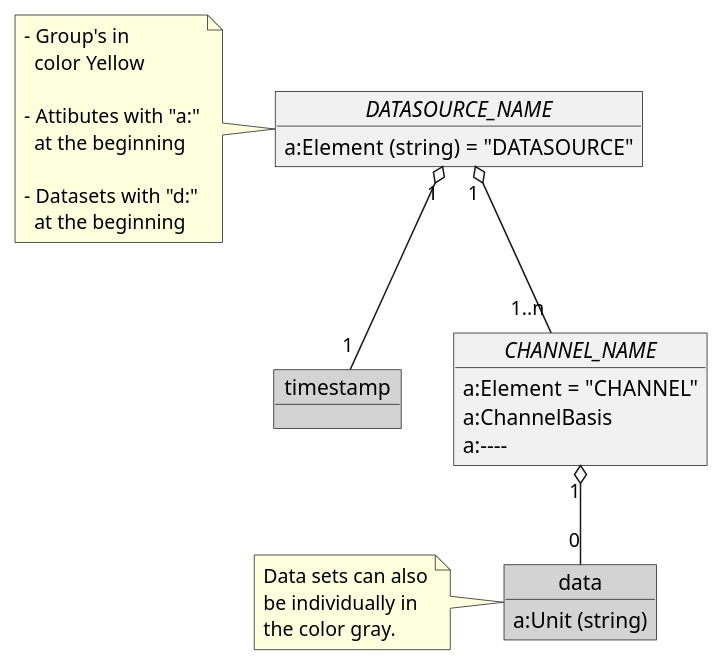
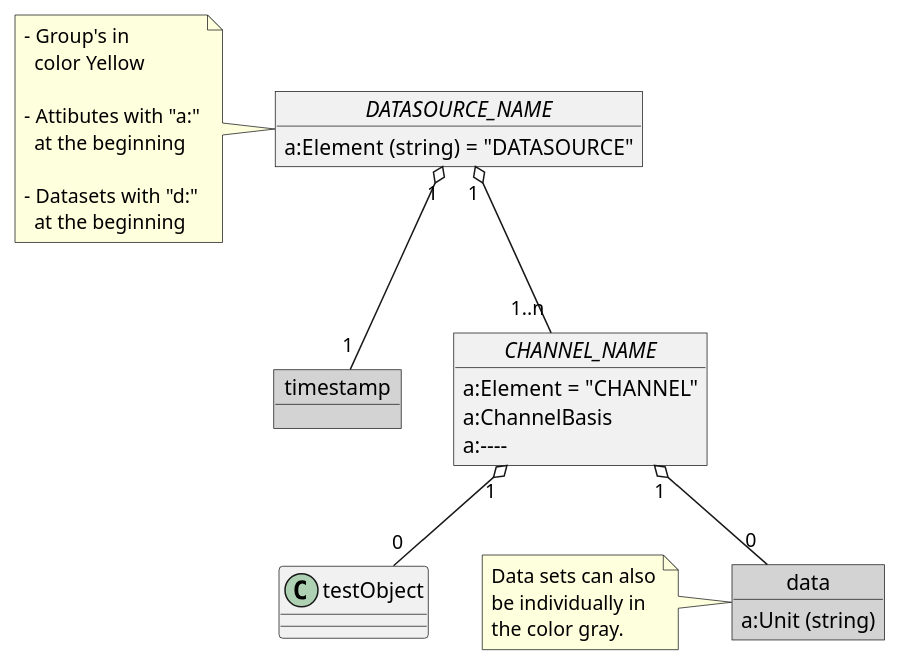
Before and after one commit to OpenRailAssociation/rcm-dx: the first of 13 diagrams in images/rcm-dx-images.puml, drawn with PlantUML. The commit also changed 2 other files, not shown here.

Commit message:
Change ChannelBasis values.

```diff
--- a/images/rcm-dx-images.puml
+++ b/images/rcm-dx-images.puml
@@ -4,38 +4,40 @@
 @startuml rcmdx_diagram_example
 
   object "//DATASOURCE_NAME//" as DATASOURCE {
     a:Element (string) = "DATASOURCE"
   }
   note left
     - Group's in
       color Yellow
     
     - Attibutes with "a:"
       at the beginning
 
     - Datasets with "d:"
       at the beginning
   end note
 
   object timestamp #LightGray
 
   object "//CHANNEL_NAME//" as channel {
     a:Element = "CHANNEL"
     a:ChannelBasis
     a:----
   }
 
   object data #LightGray{
     a:Unit (string)
   }
   note left
     Data sets can also
     be individually in 
     the color gray.
   end note
 
   DATASOURCE "1" o-- "1" timestamp
   DATASOURCE "1" o-- "1..n" channel
   channel "1" o-- "0" data
 
+  channel "1" o-- "0" testObject
+
 @enduml
```
